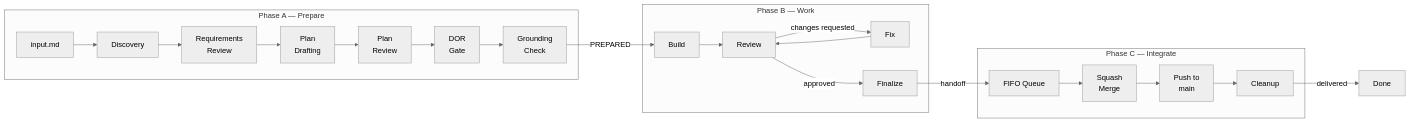
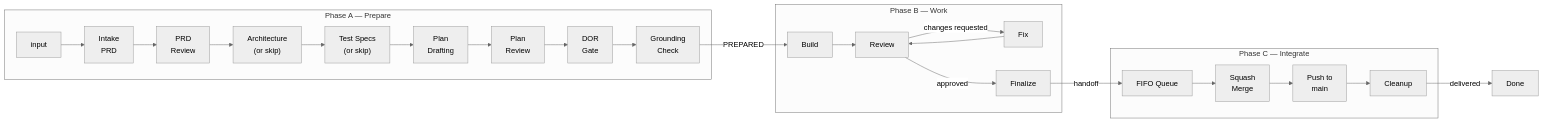
One commit to InstruktAI/TeleClaude changed the first of 3 diagrams in docs/project/design/architecture/lifecycle-state-machines.md. Above: the diagram before and after it, drawn with Mermaid (neutral theme). The commit also changed other lines of this file and 89 other files, not shown here.

````diff
--- a/docs/project/design/architecture/lifecycle-state-machines.md
+++ b/docs/project/design/architecture/lifecycle-state-machines.md
@@ -69,28 +71,30 @@
 ```mermaid
 flowchart LR
     subgraph "Phase A — Prepare"
-        Input["input.md"] --> Discovery
-        Discovery --> ReqReview["Requirements<br/>Review"]
-        ReqReview --> PlanDraft["Plan<br/>Drafting"]
+        Input["input"] --> Intake["Intake<br/>PRD"]
+        Intake --> PRDReview["PRD<br/>Review"]
+        PRDReview --> Architecture["Architecture<br/>(or skip)"]
+        Architecture --> Specs["Test Specs<br/>(or skip)"]
+        Specs --> PlanDraft["Plan<br/>Drafting"]
         PlanDraft --> PlanReview["Plan<br/>Review"]
         PlanReview --> Gate["DOR<br/>Gate"]
         Gate --> Grounding["Grounding<br/>Check"]
     end
 
     subgraph "Phase B — Work"
         Build --> Review
         Review -->|"changes requested"| Fix
         Fix --> Review
         Review -->|"approved"| Finalize
     end
 
     subgraph "Phase C — Integrate"
         Queue["FIFO Queue"] --> Merge["Squash<br/>Merge"]
         Merge --> Push["Push to<br/>main"]
         Push --> Cleanup
     end
 
     Grounding -->|"PREPARED"| Build
     Finalize -->|"handoff"| Queue
     Cleanup -->|"delivered"| Done["Done"]
 ```
````
